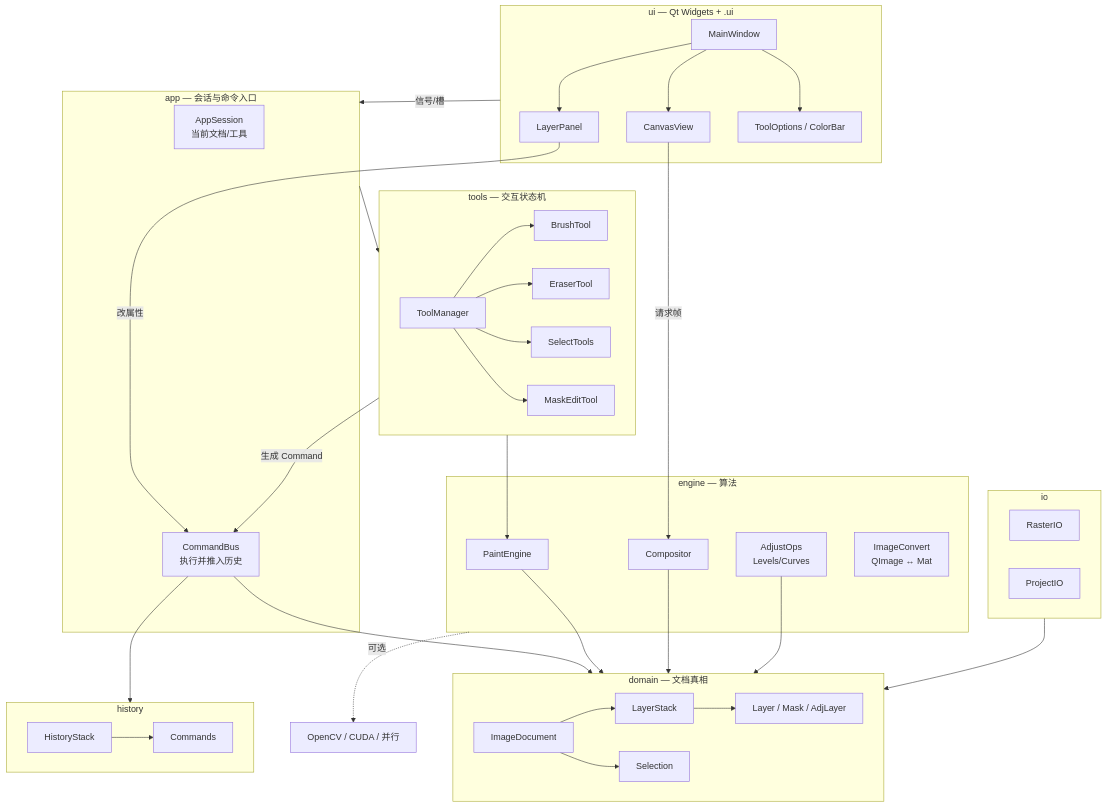
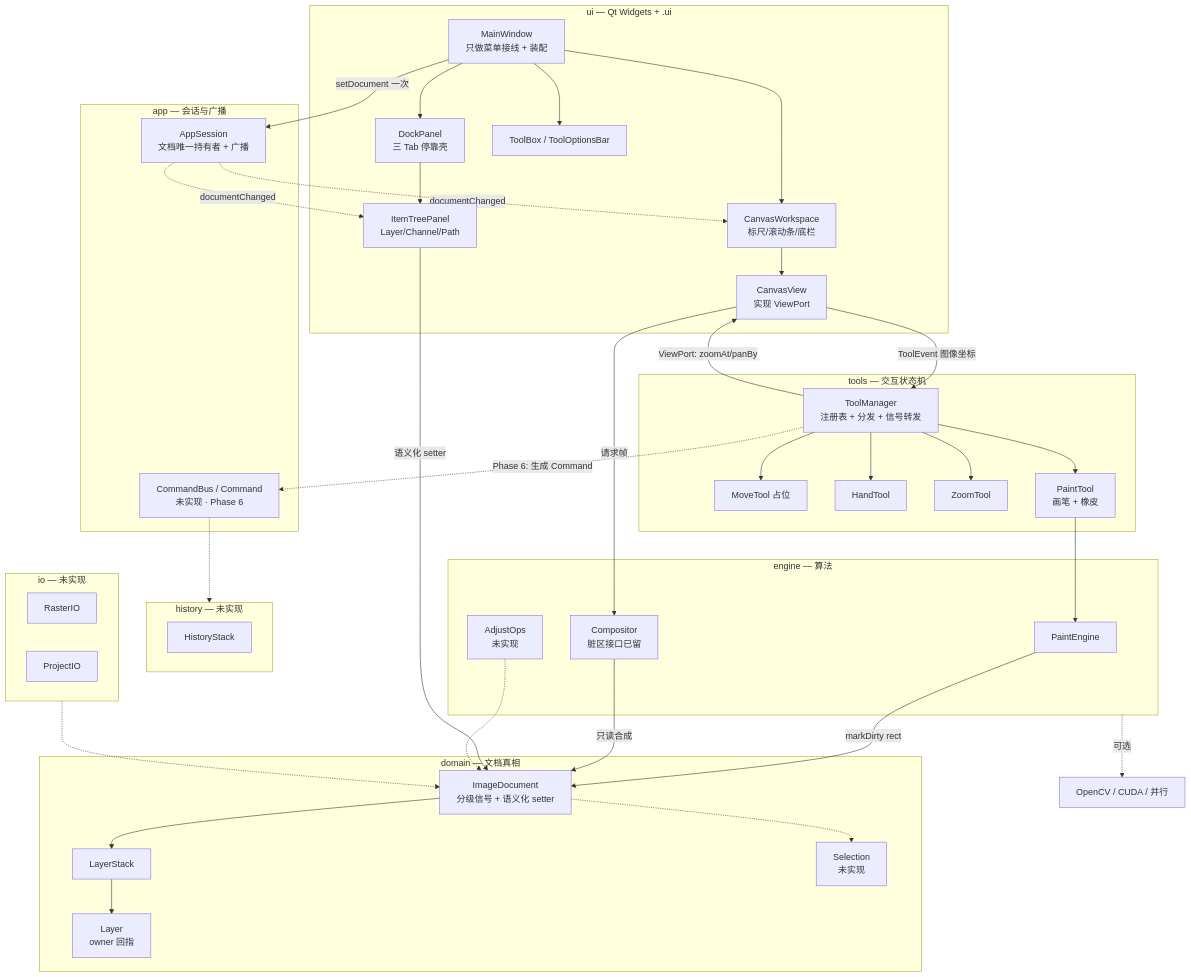
One commit to littletenyuan01/photoshopDemo changed the first of 4 diagrams in docs/architecture.md. Above: the diagram before and after it, drawn with Mermaid. The commit also changed other lines of this file and 5 other files, not shown here.

First line of the commit message:
docs: 补齐重构后遗留的旧图/旧表/旧结论，并修正两处文档引用错误

````diff
--- a/docs/architecture.md
+++ b/docs/architecture.md
@@ -35,67 +35,76 @@
 ```mermaid
 flowchart TB
   subgraph UI["ui — Qt Widgets + .ui"]
-    MW[MainWindow]
-    CV[CanvasView]
-    LP[LayerPanel]
-    TP[ToolOptions / ColorBar]
-    MW --> CV
-    MW --> LP
-    MW --> TP
+    MW[MainWindow<br/>只做菜单接线 + 装配]
+    CV[CanvasView<br/>实现 ViewPort]
+    CW[CanvasWorkspace<br/>标尺/滚动条/底栏]
+    DP[DockPanel<br/>三 Tab 停靠壳]
+    IT[ItemTreePanel<br/>Layer/Channel/Path]
+    TB[ToolBox / ToolOptionsBar]
   end
 
-  subgraph APP["app — 会话与命令入口"]
-    AM[AppSession<br/>当前文档/工具]
-    CM[CommandBus<br/>执行并推入历史]
+  subgraph APP["app — 会话与广播"]
+    AM[AppSession<br/>文档唯一持有者 + 广播]
+    CM[CommandBus / Command<br/>未实现 · Phase 6]
   end
 
   subgraph TOOLS["tools — 交互状态机"]
-    TM[ToolManager]
-    BT[BrushTool]
-    ET[EraserTool]
-    ST[SelectTools]
-    MT[MaskEditTool]
-    TM --> BT & ET & ST & MT
+    TM[ToolManager<br/>注册表 + 分发 + 信号转发]
+    MT[MoveTool 占位]
+    HT[HandTool]
+    ZT[ZoomTool]
+    PT[PaintTool<br/>画笔 + 橡皮]
+    TM --> MT & HT & ZT & PT
   end
 
   subgraph DOMAIN["domain — 文档真相"]
-    DOC[ImageDocument]
+    DOC[ImageDocument<br/>分级信号 + 语义化 setter]
     LS[LayerStack]
-    LY[Layer / Mask / AdjLayer]
-    SEL[Selection]
+    LY[Layer<br/>owner 回指]
+    SEL[Selection<br/>未实现]
     DOC --> LS --> LY
-    DOC --> SEL
+    DOC -.-> SEL
   end
 
   subgraph ENGINE["engine — 算法"]
     PE[PaintEngine]
-    COMP[Compositor]
-    ADJ[AdjustOps<br/>Levels/Curves]
-    CVT[ImageConvert<br/>QImage ↔ Mat]
+    COMP[Compositor<br/>脏区接口已留]
+    ADJ[AdjustOps<br/>未实现]
   end
 
-  subgraph HIST["history"]
+  subgraph HIST["history — 未实现"]
     HS[HistoryStack]
-    CMD[Commands]
-    HS --> CMD
   end
 
-  subgraph IO["io"]
+  subgraph IO["io — 未实现"]
     IOR[RasterIO]
     PRJ[ProjectIO]
   end
 
-  UI -->|信号/槽| APP
-  APP --> TOOLS
-  TOOLS -->|生成 Command| CM
-  CM --> HIST
-  CM --> DOMAIN
-  TOOLS --> PE
-  PE --> DOMAIN
-  COMP --> DOMAIN
-  ADJ --> DOMAIN
+  MW --> CW
+  MW --> DP
+  MW --> TB
+  CW --> CV
+  DP --> IT
+
+  %% 文档广播：MainWindow 只交付一次，其余全部靠 AppSession 转发
+  MW -->|setDocument 一次| AM
+  AM -.->|documentChanged| CW
+  AM -.->|documentChanged| IT
+
+  %% 事件流：画布归一化坐标后交给工具层
+  CV -->|ToolEvent 图像坐标| TM
+  TM -->|ViewPort: zoomAt/panBy| CV
+  PT --> PE
+  PE -->|markDirty rect| DOC
+  COMP -->|只读合成| DOC
   CV -->|请求帧| COMP
-  LP -->|改属性| CM
-  IO --> DOMAIN
+
+  %% 工具/面板经语义化 setter 改 domain，Phase 6 起在同一入口 push
+  IT -->|语义化 setter| DOC
+  TM -.->|Phase 6: 生成 Command| CM
+  CM -.-> HIST
+  ADJ -.-> DOC
+  IO -.-> DOC
   ENGINE -.->|可选| OCV[OpenCV / CUDA / 并行]
 ```
````
